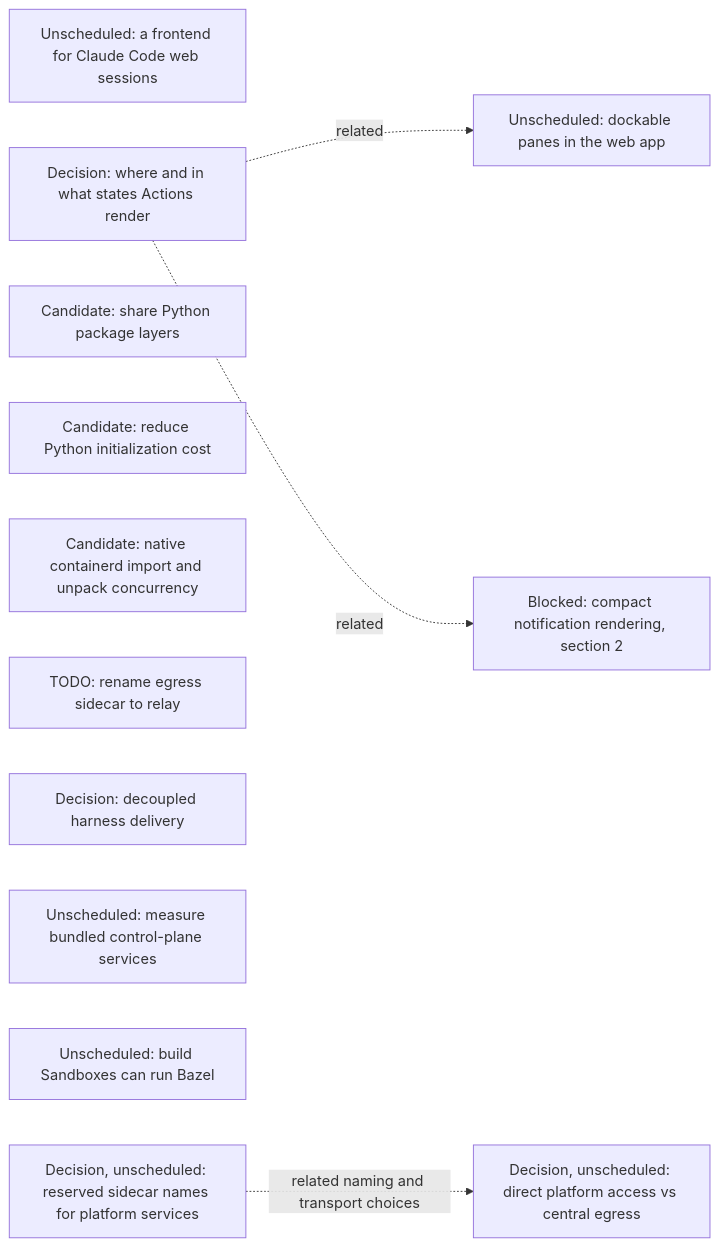
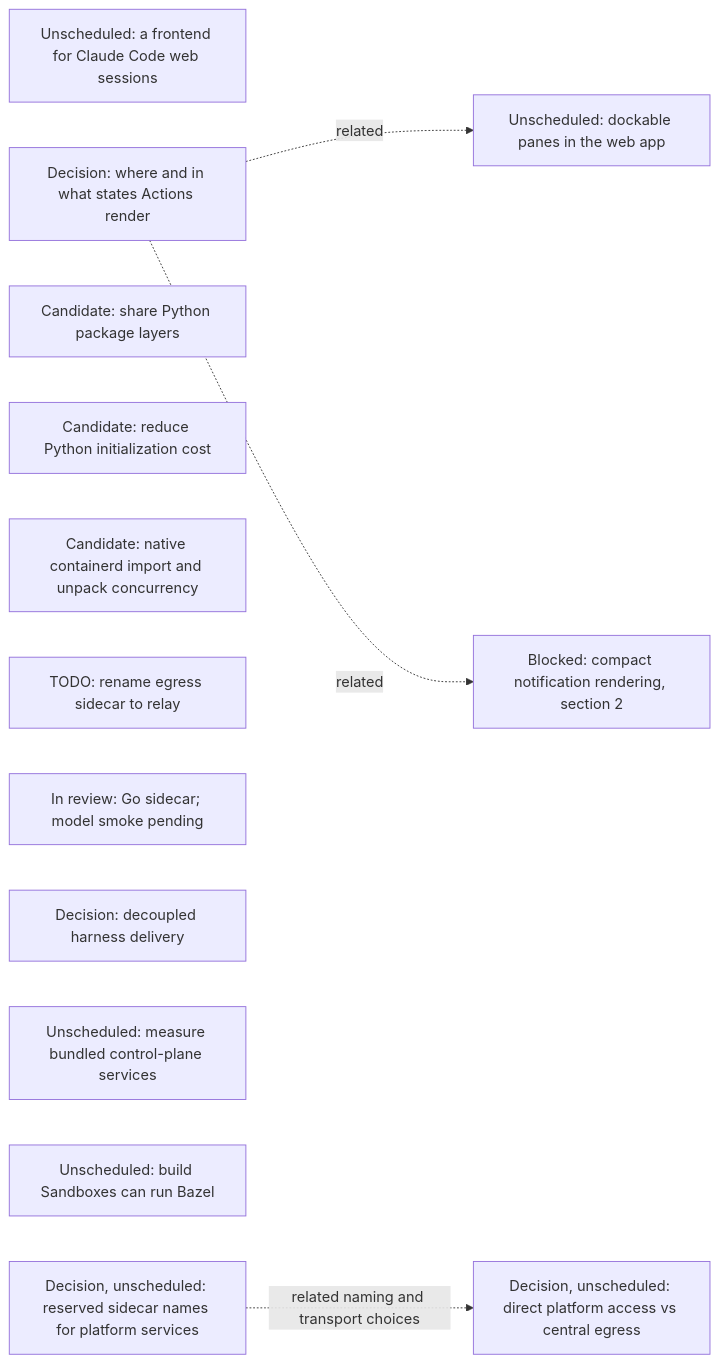
One commit to agentydragon-agent/ducktape changed the seventh of 16 diagrams in agentplane/plans/task_dag.md. Above: the diagram before and after it, drawn with Mermaid. The commit also changed other lines of this file and 33 other files, not shown here.

First line of the commit message:
feat(agentplane): port egress sidecar to Go (#10815)

````diff
--- a/agentplane/plans/task_dag.md
+++ b/agentplane/plans/task_dag.md
@@ -794,19 +794,20 @@
 ```mermaid
 flowchart LR
     CLAUDE_CODE_WEB_BRIDGE[Unscheduled: a frontend for Claude Code web sessions]
     ACTION_SURFACES_DESIGN[Decision: where and in what states Actions render]
     K3S_SHARED_PACKAGE_LAYERS[Candidate: share Python package layers]
     K3S_PYTHON_INITIALIZATION[Candidate: reduce Python initialization cost]
     K3S_IMPORT_CONCURRENCY[Candidate: native containerd import and unpack concurrency]
     EGRESS_RELAY_RENAME[TODO: rename egress sidecar to relay]
+    EGRESS_SIDECAR_GO[In review: Go sidecar; model smoke pending]
     RUNNER_HARNESS_DELIVERY_DESIGN[Decision: decoupled harness delivery]
     K3S_BUNDLED_SERVICES_SPIKE[Unscheduled: measure bundled control-plane services]
     DOCKABLE_PANES[Unscheduled: dockable panes in the web app]
     ACTION_SURFACES_DESIGN -. related .-> DOCKABLE_PANES
     NOTIFICATION_PRESENTATION[Blocked: compact notification rendering, section 2]
     ACTION_SURFACES_DESIGN -. related .-> NOTIFICATION_PRESENTATION
     BUILD_BOX_BAZEL[Unscheduled: build Sandboxes can run Bazel]
     PLATFORM_SERVICE_NAMES_DESIGN[Decision, unscheduled: reserved sidecar names for platform services]
     PLATFORM_SERVICE_ROUTING_DESIGN[Decision, unscheduled: direct platform access vs central egress]
     PLATFORM_SERVICE_NAMES_DESIGN -. related naming and transport choices .-> PLATFORM_SERVICE_ROUTING_DESIGN
 ```
````
